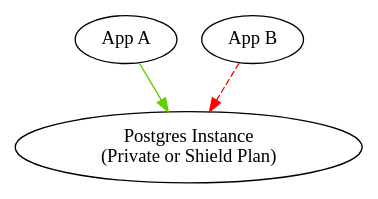
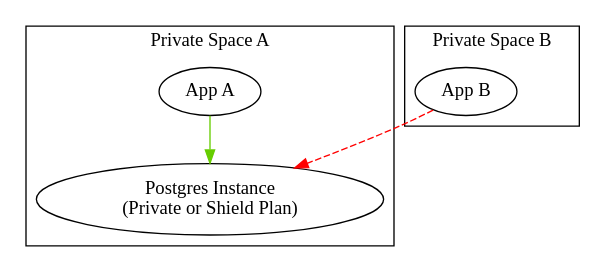
The diagram in example.dot (caseywatts/graphviz-tutorial), drawn with Graphviz before and after one commit. The commit also changed 1 other file, not shown here.

```diff
--- a/example.dot
+++ b/example.dot
@@ -1,4 +1,13 @@
 digraph G {
+    subgraph cluster1 {
+      label="Private Space A"
+      "App A"
+      "Postgres Instance\n(Private or Shield Plan)"
+    }
+    subgraph cluster2 {
+      label="Private Space B"
+      "App B"
+    }
     "App A" -> "Postgres Instance\n(Private or Shield Plan)" [color=chartreuse3]
     "App B" -> "Postgres Instance\n(Private or Shield Plan)" [color=red, style=dashed]
 }
```
